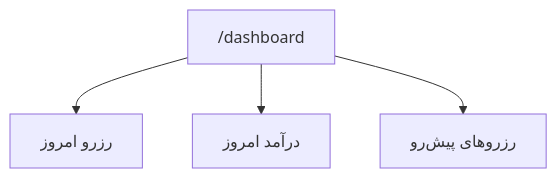
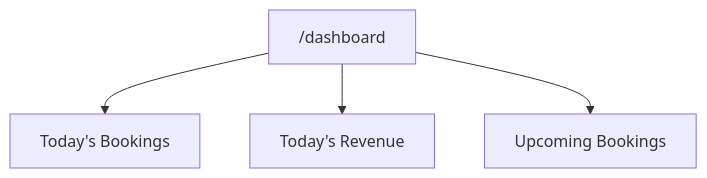
Before and after one commit to amirhossein-moloki/Sevra: the fifth of 5 diagrams in docs/UI-FLOW-MVP-FA.md, drawn with Mermaid. The commit also changed other lines of this file, not shown here.

First line of the commit message:
Revise UI Flow document to version 0.2

````diff
--- a/docs/UI-FLOW-MVP-FA.md
+++ b/docs/UI-FLOW-MVP-FA.md
@@ -183,6 +53,6 @@
 ```mermaid
 flowchart TD
-    A["/dashboard"] --> B["رزرو امروز"]
-    A --> C["درآمد امروز"]
-    A --> D["رزروهای پیش‌رو"]
+    A["/dashboard"] --> B["Today's Bookings"]
+    A --> C["Today's Revenue"]
+    A --> D["Upcoming Bookings"]
 ```
````
